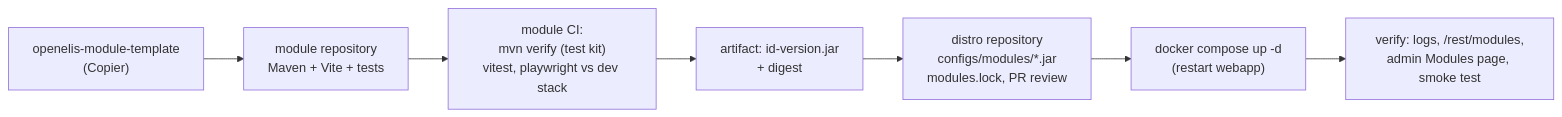
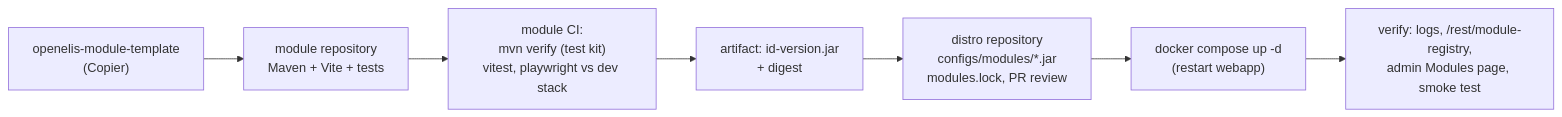
The seventh of 8 diagrams in specs/plans/module-system-architecture.md (DIGI-UW/OpenELIS-Global-2), drawn with Mermaid before and after one commit. The commit also changed other lines of this file, not shown here.

First line of the commit message:
docs(architecture): address review on the module system design (OGC-1577)

````diff
--- a/specs/plans/module-system-architecture.md
+++ b/specs/plans/module-system-architecture.md
@@ -799,9 +801,9 @@
 ```mermaid
 flowchart LR
   T["openelis-module-template<br/>(Copier)"] --> R["module repository<br/>Maven + Vite + tests"]
   R --> CI["module CI:<br/>mvn verify (test kit)<br/>vitest, playwright vs dev stack"]
   CI --> A["artifact: id-version.jar<br/>+ digest"]
   A --> D["distro repository<br/>configs/modules/*.jar<br/>modules.lock, PR review"]
   D --> O["docker compose up -d<br/>(restart webapp)"]
-  O --> V["verify: logs, /rest/modules,<br/>admin Modules page, smoke test"]
+  O --> V["verify: logs, /rest/module-registry,<br/>admin Modules page, smoke test"]
 ```
````
